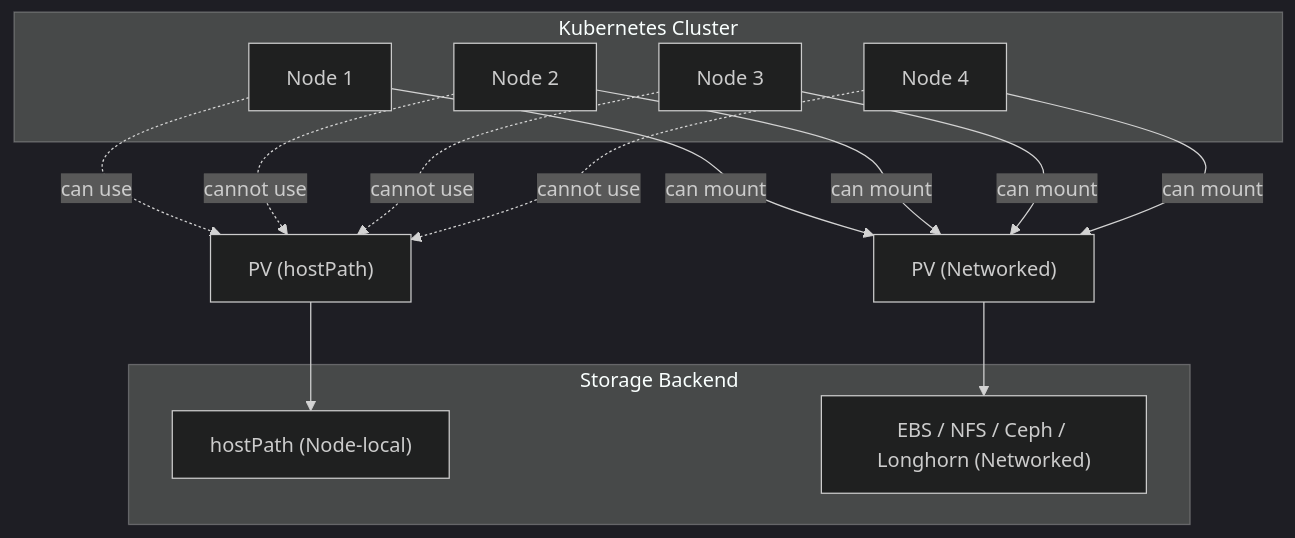
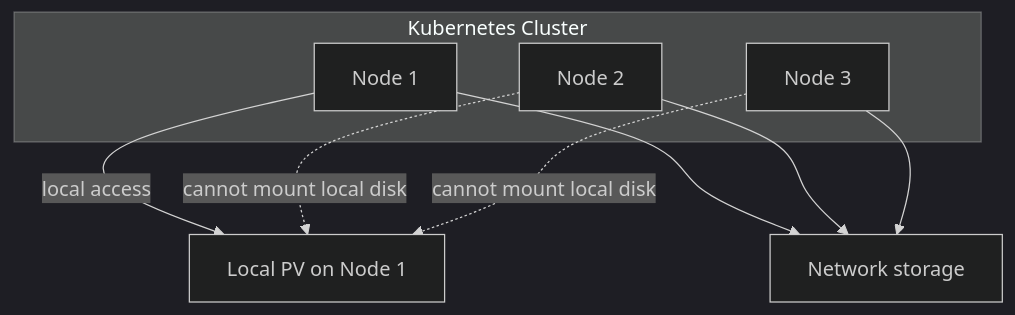
The second of 5 diagrams in _csc478/07-volumes.md (linhbngo/linhbngo.github.io), drawn with Mermaid (dark theme) before and after one commit. The commit also changed other lines of this file and 12 other files, not shown here.

````diff
--- a/_csc478/07-volumes.md
+++ b/_csc478/07-volumes.md
@@ -280,27 +280,19 @@
 ```mermaid
 flowchart TD
     subgraph Cluster["Kubernetes Cluster"]
         N1["Node 1"]
         N2["Node 2"]
         N3["Node 3"]
-        N4["Node 4"]
     end
 
-    subgraph Storage["Storage Backend"]
-        H["hostPath (Node-local)"]
-        E["EBS / NFS / Ceph / Longhorn (Networked)"]
-    end
+    L["Local PV on Node 1"]
+    R["Network storage"]
 
-    PV1["PV (hostPath)"] --> H
-    PV2["PV (Networked)"] --> E
+    N1 -- "local access" --> L
+    N2 -. "cannot mount local disk" .-> L
+    N3 -. "cannot mount local disk" .-> L
 
-    N1 -. can use .-> PV1
-    N2 -. cannot use .-> PV1
-    N3 -. cannot use .-> PV1
-    N4 -. cannot use .-> PV1
-
-    N1 -- can mount --> PV2
-    N2 -- can mount --> PV2
-    N3 -- can mount --> PV2
-    N4 -- can mount --> PV2
+    N1 --> R
+    N2 --> R
+    N3 --> R
 ```
````
